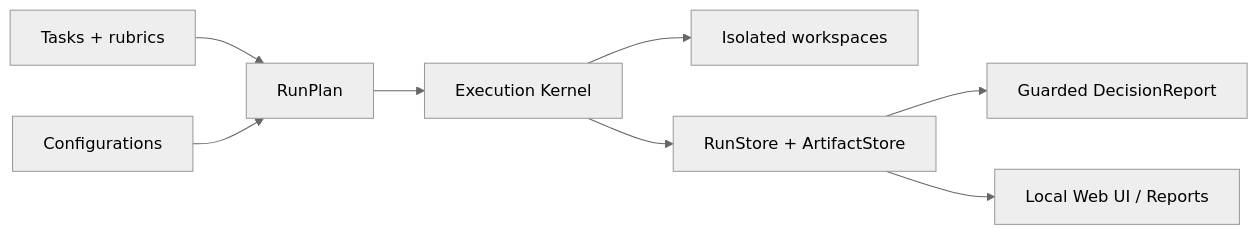
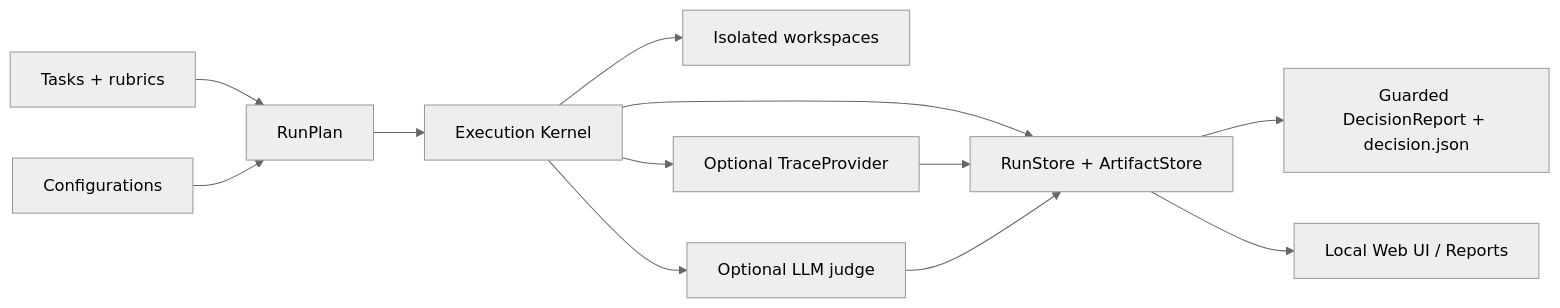
The diagram in README.md (xiaozhenliu/micro-eval), drawn with Mermaid (neutral theme) before and after one commit. The commit also changed other lines of this file and 17 other files, not shown here.

````diff
--- a/README.md
+++ b/README.md
@@ -209,10 +224,14 @@
 ```mermaid
 flowchart LR
   TASKS["Tasks + rubrics"] --> PLAN["RunPlan"]
   CONFIGS["Configurations"] --> PLAN
   PLAN --> KERNEL["Execution Kernel"]
   KERNEL --> WORKSPACES["Isolated workspaces"]
+  KERNEL --> TRACE["Optional TraceProvider"]
+  KERNEL --> JUDGE["Optional LLM judge"]
   KERNEL --> STORE["RunStore + ArtifactStore"]
-  STORE --> DECISION["Guarded DecisionReport"]
+  TRACE --> STORE
+  JUDGE --> STORE
+  STORE --> DECISION["Guarded DecisionReport + decision.json"]
   STORE --> UI["Local Web UI / Reports"]
 ```
````
